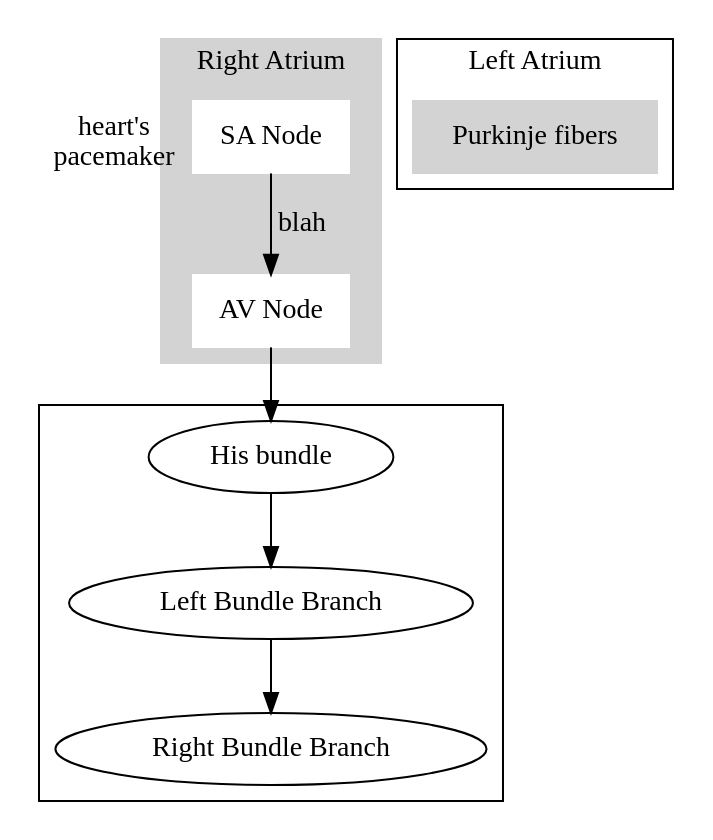
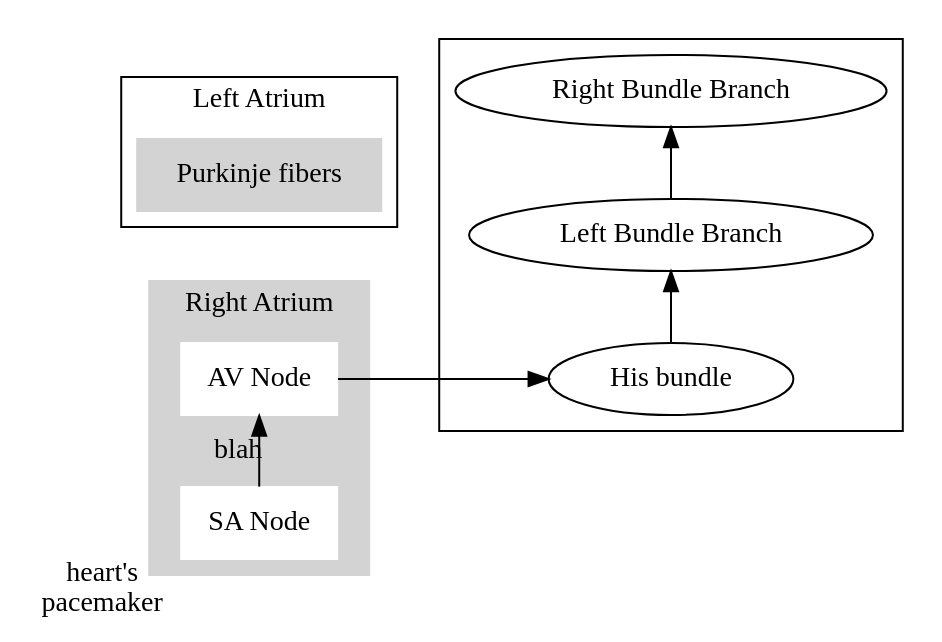
One commit to meirisoda/school_spring2024 changed the diagram in NURS380_Practicum/Topics/EKG/EKG and Rhythms.md. Above: the diagram before and after it, drawn with Graphviz.

Commit message:
vault backup: 2024-02-19 17:16:57

````diff
--- a/NURS380_Practicum/Topics/EKG/EKG and Rhythms.md
+++ b/NURS380_Practicum/Topics/EKG/EKG and Rhythms.md
@@ -175,34 +175,36 @@
 ```dot
 digraph G {
-	rank=same;
+	rankdir=LR;
+	newrank=true;
 	subgraph cluster_0{
-		clusterrank=1;
+		rank=same;
 		label="Right Atrium";
 		style=filled;
 		color=lightgrey;
 		node [style=filled,color=white];
 		orientation=L;
 		A [label="SA Node", xlabel="heart's\npacemaker", shape=box];
 		B [label="AV Node", shape=box];
 		
 		A -> B [label="blah"];
 	}
 	
 	subgraph cluster_1 {
-		clusterrank=1;
+		rank=same;
 		D0 [label="His bundle"];
 		D1 [label="Left Bundle Branch"];
 		D2 [label="Right Bundle Branch"];
 
 		D0 -> D1 -> D2
 	}
 	
 	subgraph cluster_2 {
+		
 		label="Left Atrium";
 		node [style=filled, color=lightgrey];
 		C [label="Purkinje fibers", shape=box];
 	}
 
 	B -> D0
 }
 ```
````
